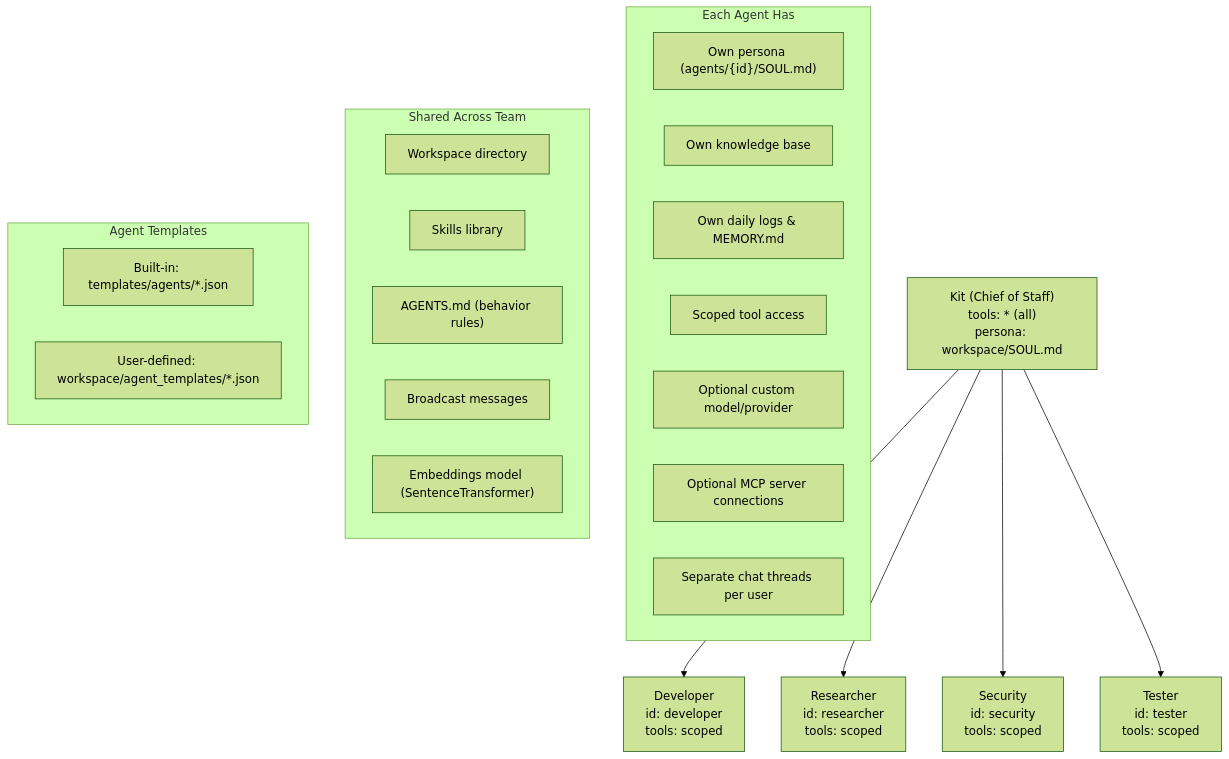
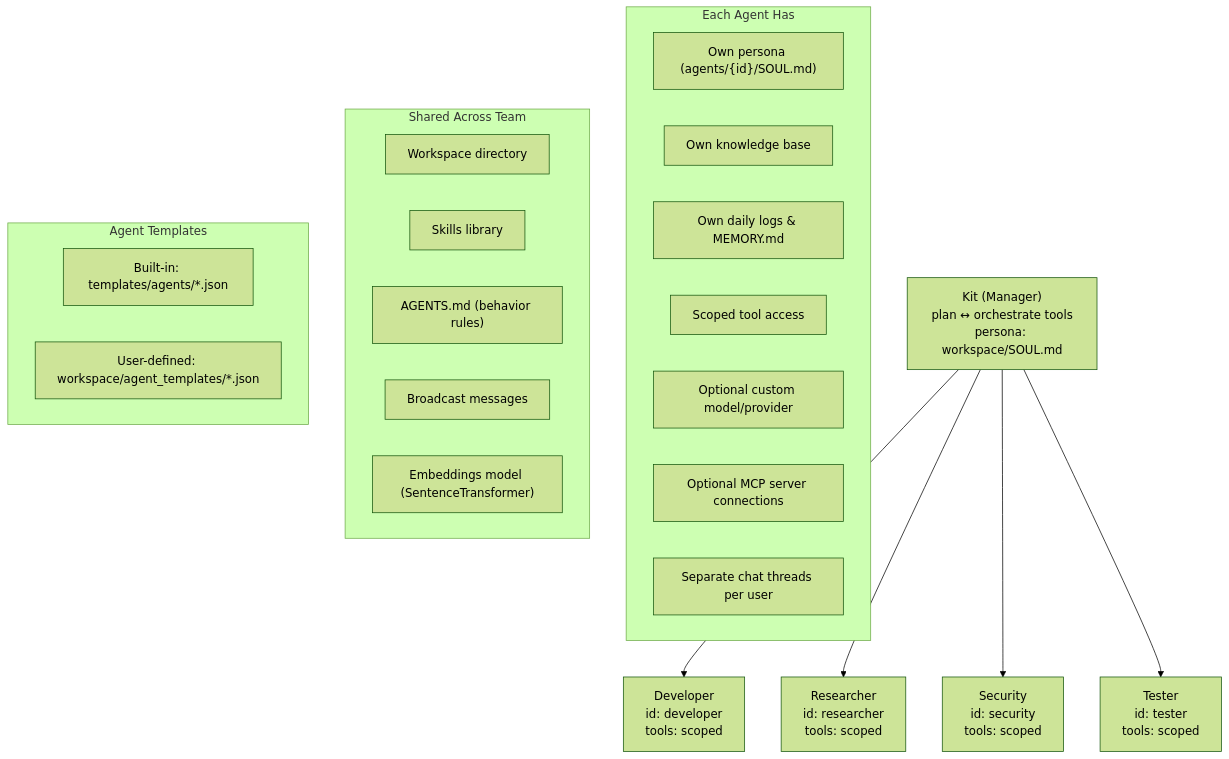
One commit to jkeam/kit changed diagram 15 of 17 in docs/architecture.md. Above: the diagram before and after it, drawn with Mermaid (forest theme). The commit also changed other lines of this file and 26 other files, not shown here.

Commit message:
add plan creation for kit

````diff
--- a/docs/architecture.md
+++ b/docs/architecture.md
@@ -591,34 +601,34 @@
 ```mermaid
 graph TB
-    Kit["Kit (Chief of Staff)<br/>tools: * (all)<br/>persona: workspace/SOUL.md"]
+    Kit["Kit (Manager)<br/>plan ↔ orchestrate tools<br/>persona: workspace/SOUL.md"]
 
     Dev["Developer<br/>id: developer<br/>tools: scoped"]
     Res["Researcher<br/>id: researcher<br/>tools: scoped"]
     Sec["Security<br/>id: security<br/>tools: scoped"]
     Test["Tester<br/>id: tester<br/>tools: scoped"]
 
     Kit --> Dev & Res & Sec & Test
 
     subgraph "Each Agent Has"
         Own1["Own persona (agents/{id}/SOUL.md)"]
         Own2["Own knowledge base"]
         Own3["Own daily logs & MEMORY.md"]
         Own4["Scoped tool access"]
         Own5["Optional custom model/provider"]
         Own6["Optional MCP server connections"]
         Own7["Separate chat threads per user"]
     end
 
     subgraph "Shared Across Team"
         Sh1["Workspace directory"]
         Sh2["Skills library"]
         Sh3["AGENTS.md (behavior rules)"]
         Sh4["Broadcast messages"]
         Sh5["Embeddings model (SentenceTransformer)"]
     end
 
     subgraph "Agent Templates"
         BT["Built-in: templates/agents/*.json"]
         UT["User-defined: workspace/agent_templates/*.json"]
     end
 ```
````
